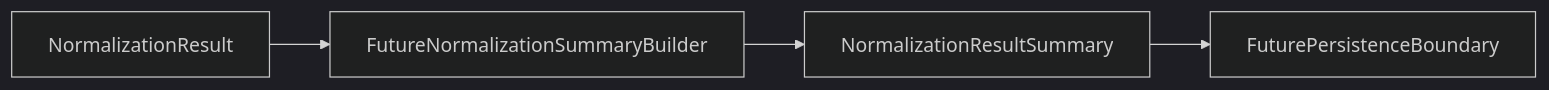
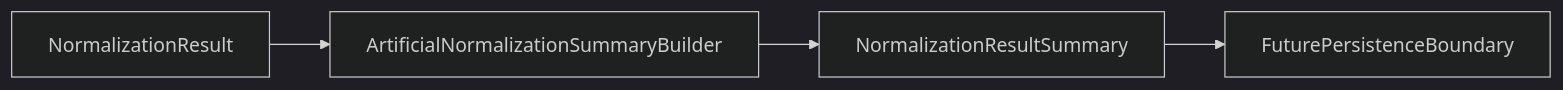
The diagram in docs/normalization-summary-builder-boundary.md (ktalpay/CarbonOps-Parser), drawn with Mermaid (dark theme) before and after one commit. The commit also changed other lines of this file and 5 other files, not shown here.

Commit message:
CO-039B: add artificial normalization summary builder skeleton

````diff
--- a/docs/normalization-summary-builder-boundary.md
+++ b/docs/normalization-summary-builder-boundary.md
@@ -109,11 +109,11 @@
 ```mermaid
 flowchart LR
     result["NormalizationResult"]
-    builder["FutureNormalizationSummaryBuilder"]
+    builder["ArtificialNormalizationSummaryBuilder"]
     summary["NormalizationResultSummary"]
     persistence["FuturePersistenceBoundary"]
 
     result --> builder
     builder --> summary
     summary --> persistence
 ```
````
